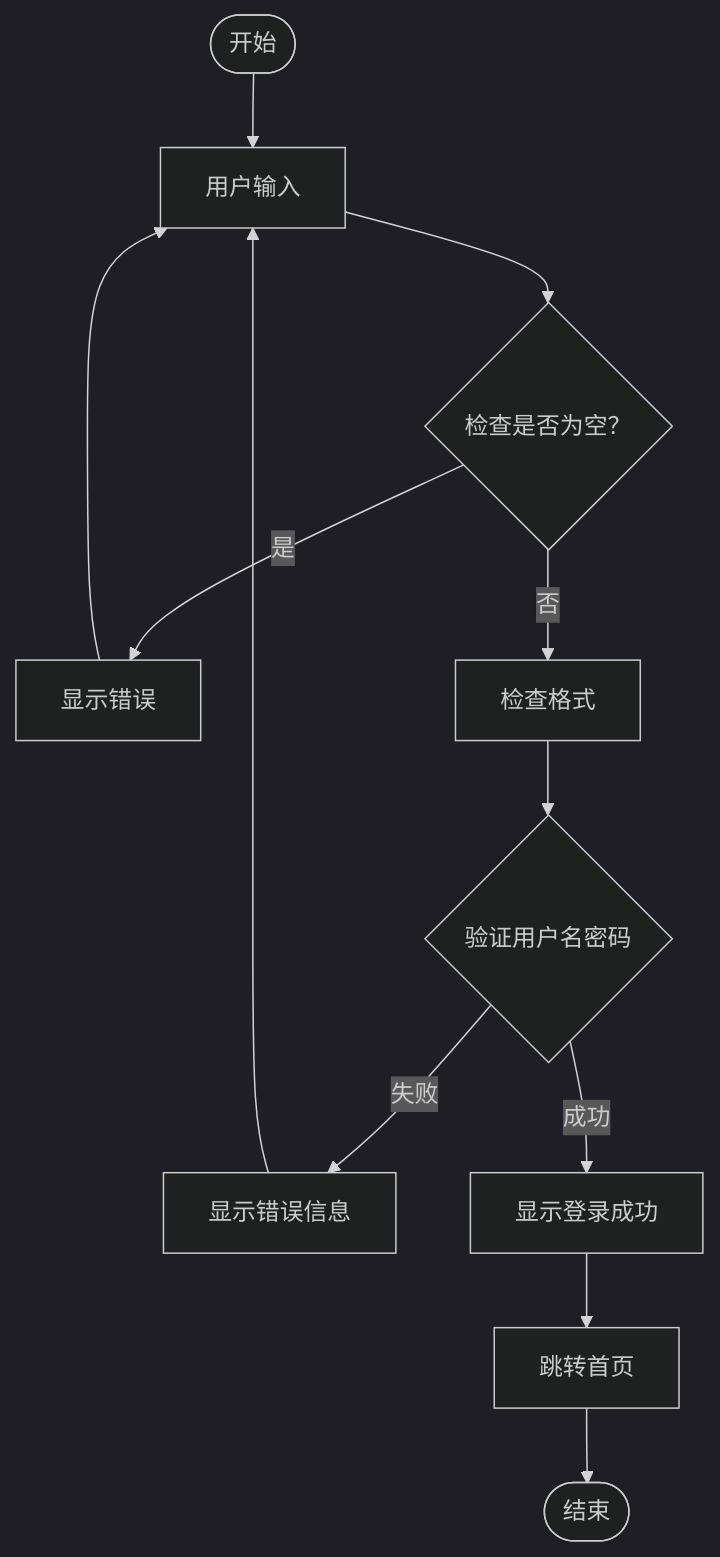
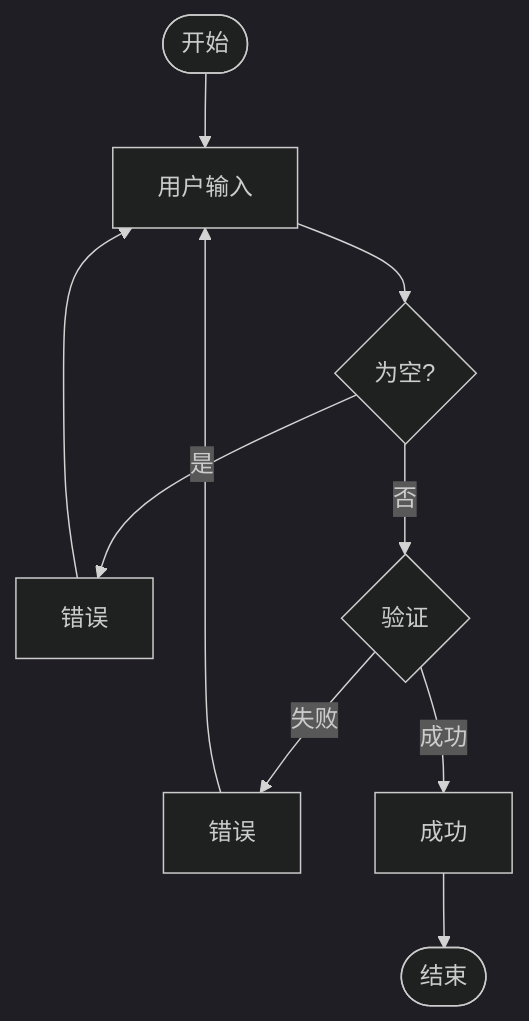
One commit to Leo-Wei105/vibe-coding-guide changed the first of 3 diagrams in 09-代码理解与调试.md. Above: the diagram before and after it, drawn with Mermaid (dark theme). The commit also changed other lines of this file and 9 other files, not shown here.

````diff
--- a/09-代码理解与调试.md
+++ b/09-代码理解与调试.md
@@ -71,14 +71,9 @@
 ```mermaid
 flowchart TD
     A([开始]) --> B[用户输入]
-    B --> C{检查是否为空？}
-    C -->|是| D[显示错误]
-    C -->|否| E[检查格式]
-    E --> F{验证用户名密码}
-    F -->|失败| G[显示错误信息]
-    F -->|成功| H[显示登录成功]
-    H --> I[跳转首页]
-    I --> J([结束])
-    D --> B
-    G --> B
+    B --> C{为空?}
+    C -->|是| D[错误] --> B
+    C -->|否| E{验证}
+    E -->|失败| F[错误] --> B
+    E -->|成功| G[成功] --> H([结束])
 ```
````
